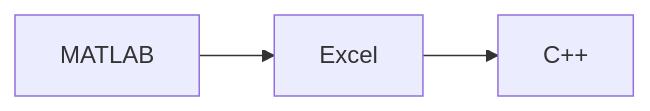
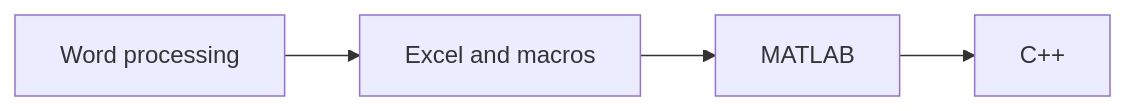
Before and after one commit to Jkbarros/cet-151-intro-computing-engineering-tech: the diagram in README.md, drawn with Mermaid. The commit also changed other lines of this file and 19 other files, not shown here.

````diff
--- a/README.md
+++ b/README.md
@@ -24,7 +35,8 @@
 ```mermaid
 flowchart LR
+  W[Word processing]
+  X[Excel and macros]
   M[MATLAB]
-  X[Excel]
   C[C++]
-  M --> X --> C
+  W --> X --> M --> C
 ```
````
